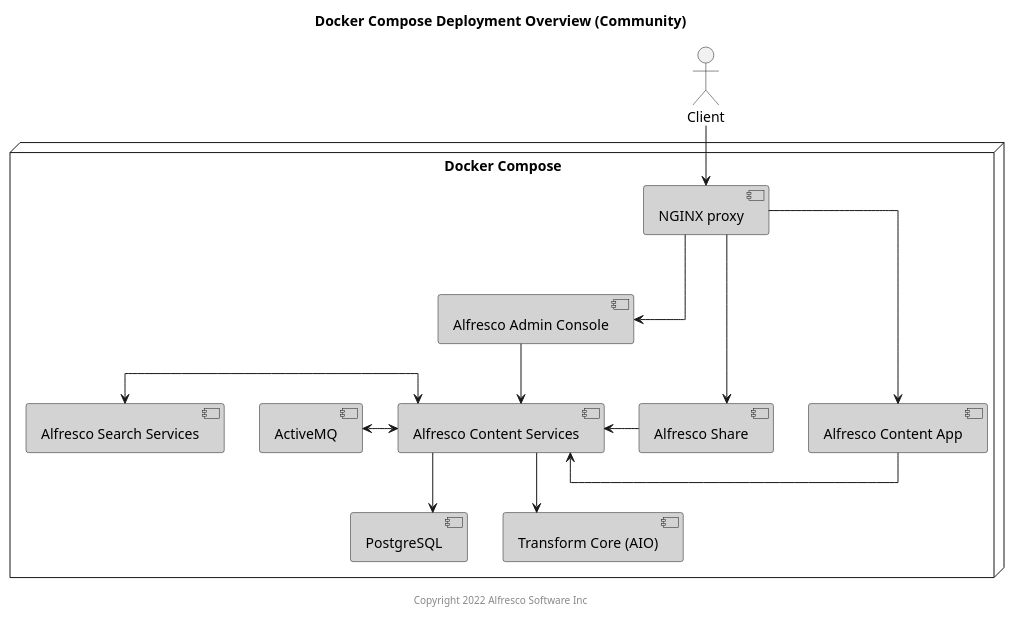
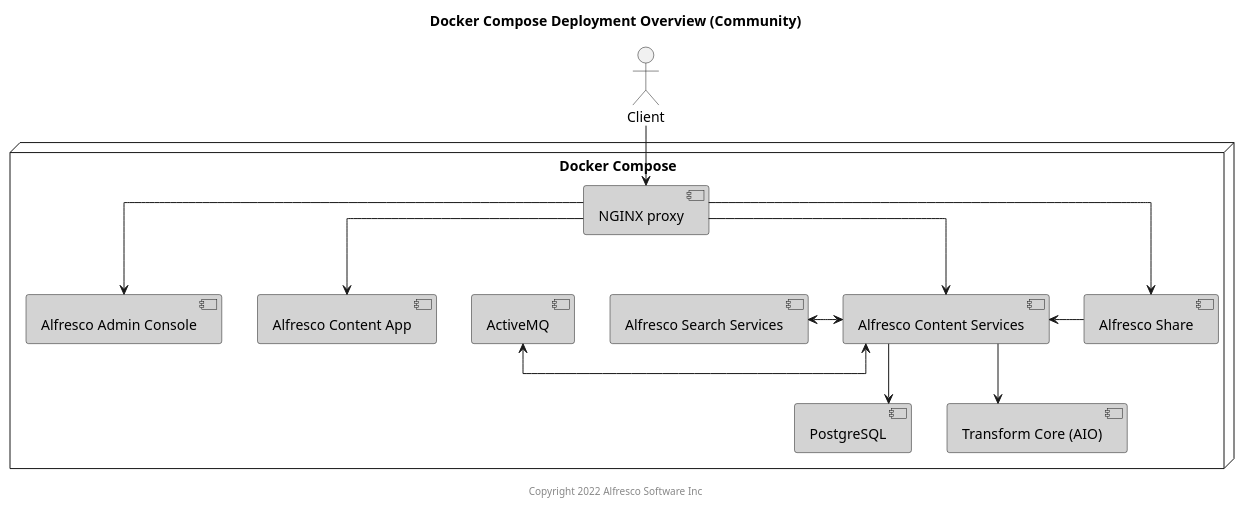
Before and after one commit to Alfresco/acs-deployment: the diagram in docs/docker-compose/diagrams/docker-compose-community.puml, drawn with PlantUML. The commit also changed 4 other files, not shown here.

Commit message:
Update Source file with diagrams and README.md

```diff
--- a/docs/docker-compose/diagrams/docker-compose-community.puml
+++ b/docs/docker-compose/diagrams/docker-compose-community.puml
@@ -1,43 +1,42 @@
 @startuml
 
 Title: Docker Compose Deployment Overview (Community)
 
 skinparam componentStyle uml2
 skinparam linetype ortho
 skinparam rectangle {
     BorderStyle dashed
     FontSize 15
     FontStyle none
 }
 
 actor Client
 
 node "Docker Compose" {
     component "NGINX proxy" as proxy #lightgrey
     component "Alfresco Content Services" as acs #lightgrey
     component "Alfresco Admin Console" as aac #lightgrey
     component "Alfresco Search Services" as ass #lightgrey
     component "PostgreSQL" as psql #lightgrey
     component "Alfresco Share" as share #lightgrey
     component "ActiveMQ" as amq #lightgrey
     component "Transform Core (AIO)" as tcore #lightgrey
     component "Alfresco Content App" as aca #lightgrey
 }
 
 Client --> proxy
 
 proxy --> aac
 proxy --> share
 proxy --> aca
+proxy --> acs
 
-aac --> acs
 acs <-left-> ass
 acs --> psql
 acs --> tcore
 acs <-left-> amq
 share -left-> acs
-aca -left-> acs
 
 center footer Copyright 2022 Alfresco Software Inc
 
 @enduml
```
